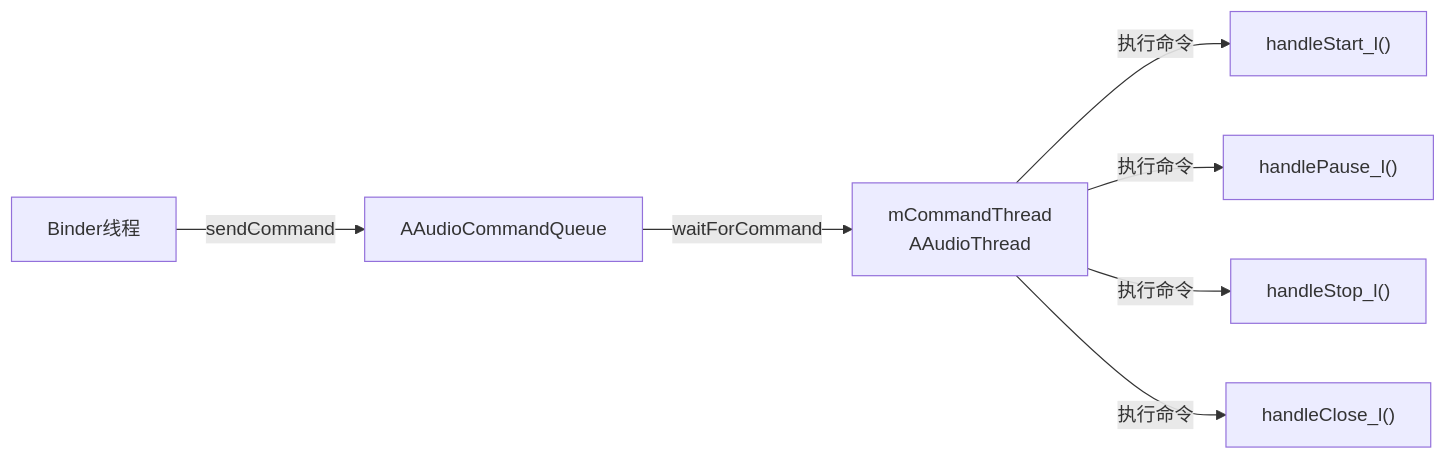
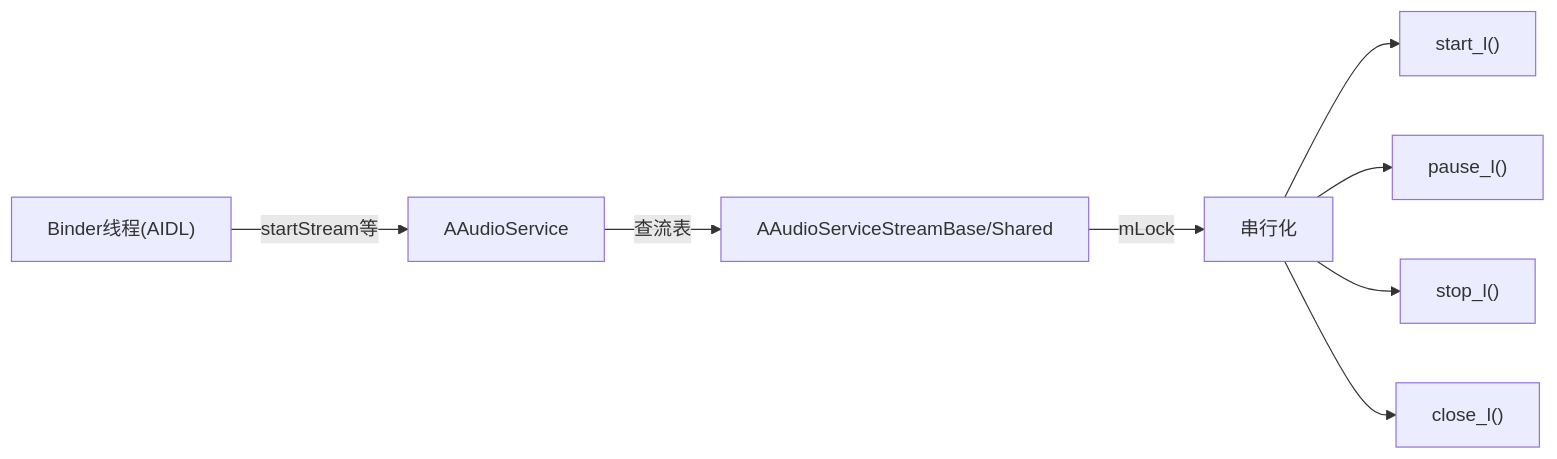
The sixth of 10 diagrams in 02_Application_Layer/02_2.5_AAudio.md (yanglinzhen1022/SA8295_AAOS_QNX_Audio_KnowledgeBase), drawn with Mermaid before and after one commit. The commit also changed other lines of this file and 12 other files, not shown here.

````diff
--- a/02_Application_Layer/02_2.5_AAudio.md
+++ b/02_Application_Layer/02_2.5_AAudio.md
@@ -243,9 +243,10 @@
 ```mermaid
 graph LR
-    BinderThread["Binder线程"] --> |"sendCommand"| CommandQueue["AAudioCommandQueue"]
-    CommandQueue --> |"waitForCommand"| CommandThread["mCommandThread<br>AAudioThread"]
-    CommandThread --> |"执行命令"| HandleStart["handleStart_l()"]
-    CommandThread --> |"执行命令"| HandlePause["handlePause_l()"]
-    CommandThread --> |"执行命令"| HandleStop["handleStop_l()"]
-    CommandThread --> |"执行命令"| HandleClose["handleClose_l()"]
+    BinderThread["Binder线程(AIDL)"] --> |"startStream等"| Svc["AAudioService"]
+    Svc --> |"查流表"| Stream["AAudioServiceStreamBase/Shared"]
+    Stream --> |"mLock"| Lock["串行化"]
+    Lock --> HandleStart["start_l()"]
+    Lock --> HandlePause["pause_l()"]
+    Lock --> HandleStop["stop_l()"]
+    Lock --> HandleClose["close_l()"]
 ```
````
